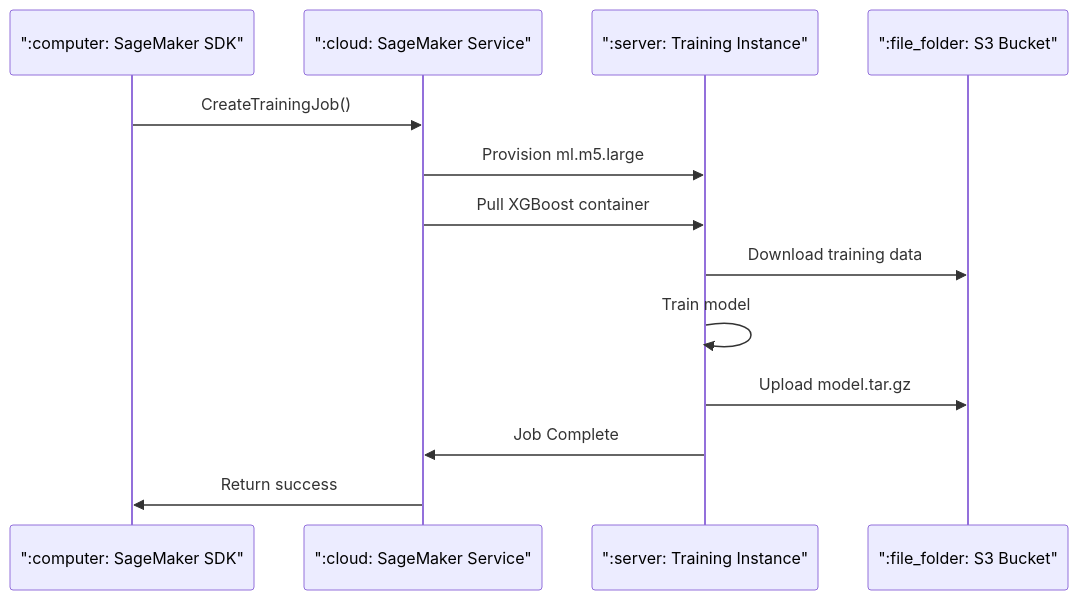
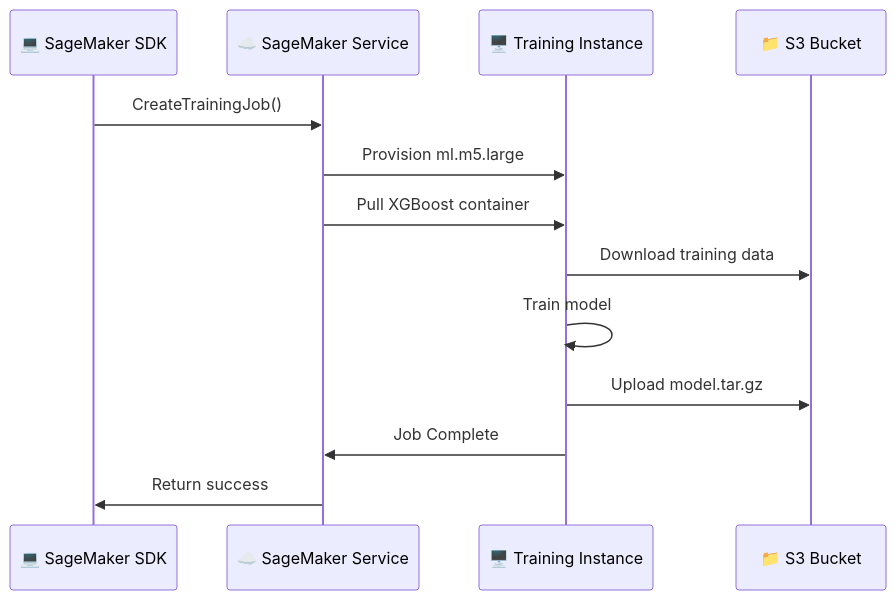
The second of 2 diagrams in aws-ml-associate-prep/01-sagemaker-basics/LAB.md (vinu76jsr/aws-sample-projects), drawn with Mermaid before and after one commit. The commit also changed other lines of this file and 15 other files, not shown here.

First line of the commit message:
docs(ml-labs): Replace emoji shortcodes with Unicode emojis in Mermaid diagrams

````diff
--- a/aws-ml-associate-prep/01-sagemaker-basics/LAB.md
+++ b/aws-ml-associate-prep/01-sagemaker-basics/LAB.md
@@ -46,16 +46,16 @@
 ```mermaid
 sequenceDiagram
-    participant SDK as ":computer: SageMaker SDK"
-    participant SM as ":cloud: SageMaker Service"
-    participant EC2 as ":server: Training Instance"
-    participant S3 as ":file_folder: S3 Bucket"
+    participant SDK as 💻 SageMaker SDK
+    participant SM as ☁️ SageMaker Service
+    participant EC2 as 🖥️ Training Instance
+    participant S3 as 📁 S3 Bucket
 
     SDK->>SM: CreateTrainingJob()
     SM->>EC2: Provision ml.m5.large
     SM->>EC2: Pull XGBoost container
     EC2->>S3: Download training data
     EC2->>EC2: Train model
     EC2->>S3: Upload model.tar.gz
     EC2->>SM: Job Complete
     SM->>SDK: Return success
 ```
````
